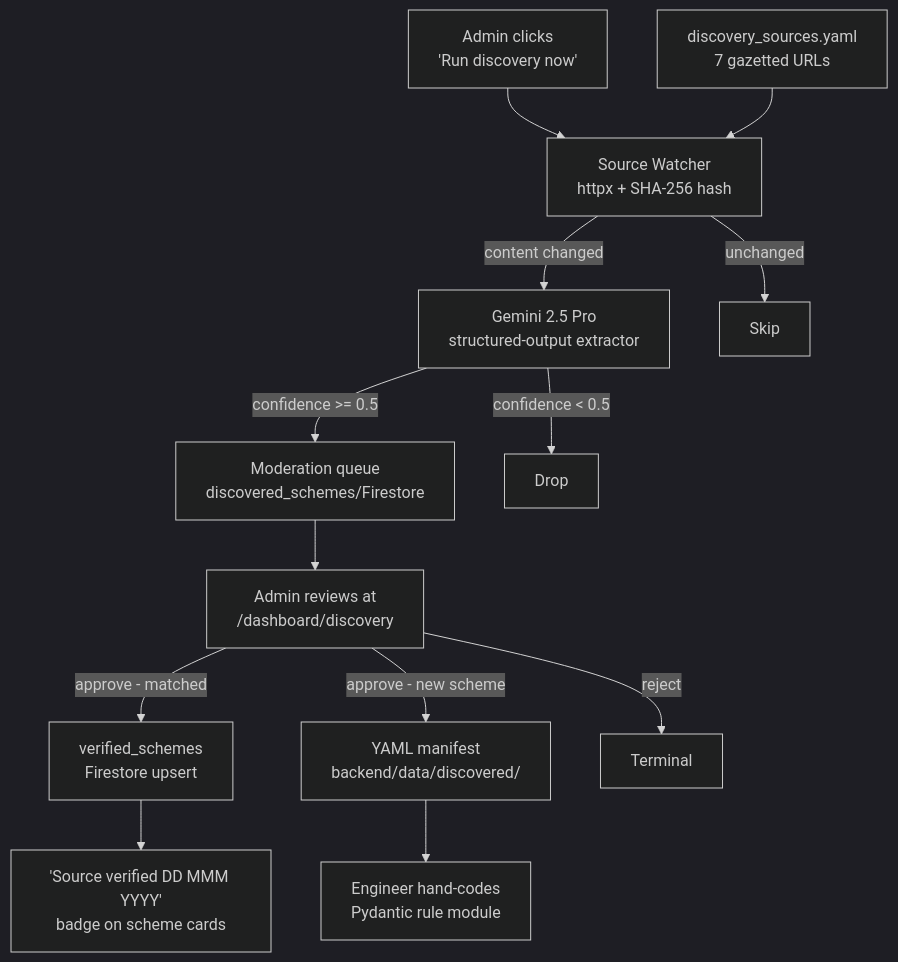
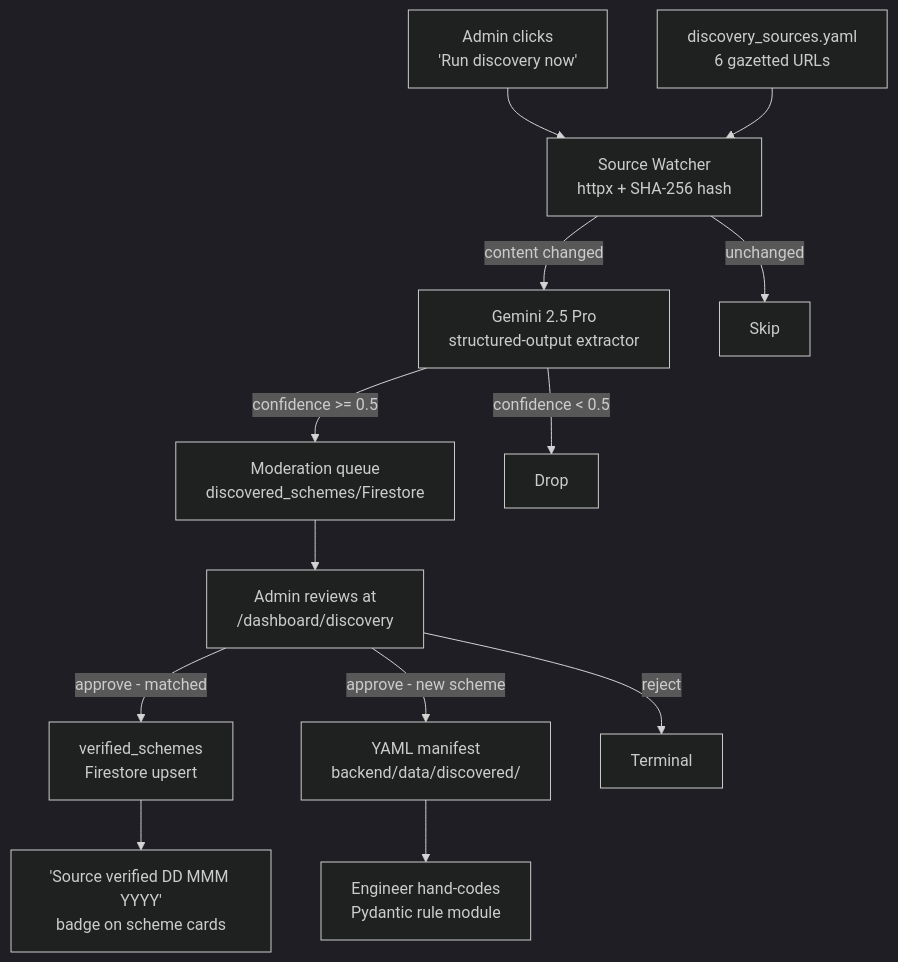
The fifth of 8 diagrams in README.md (AlaskanTuna/Layak), drawn with Mermaid (dark theme) before and after one commit. The commit also changed other lines of this file, not shown here.

````diff
--- a/README.md
+++ b/README.md
@@ -224,15 +234,15 @@
 ```mermaid
 flowchart TD
     Trigger["Admin clicks<br/>'Run discovery now'"] --> Watcher[Source Watcher<br/>httpx + SHA-256 hash]
-    Allowlist["discovery_sources.yaml<br/>7 gazetted URLs"] --> Watcher
+    Allowlist["discovery_sources.yaml<br/>6 gazetted URLs"] --> Watcher
     Watcher -->|content changed| Extractor[Gemini 2.5 Pro<br/>structured-output extractor]
     Watcher -->|unchanged| Skip[Skip]
     Extractor -->|confidence >= 0.5| Queue[Moderation queue<br/>discovered_schemes/Firestore]
     Extractor -->|confidence < 0.5| Drop[Drop]
     Queue --> Review["Admin reviews at<br/>/dashboard/discovery"]
     Review -->|approve - matched| Verified[verified_schemes<br/>Firestore upsert]
     Review -->|approve - new scheme| Manifest[YAML manifest<br/>backend/data/discovered/]
     Review -->|reject| Terminal[Terminal]
     Verified --> Badge["'Source verified DD MMM YYYY'<br/>badge on scheme cards"]
     Manifest --> Engineer[Engineer hand-codes<br/>Pydantic rule module]
 ```
````
